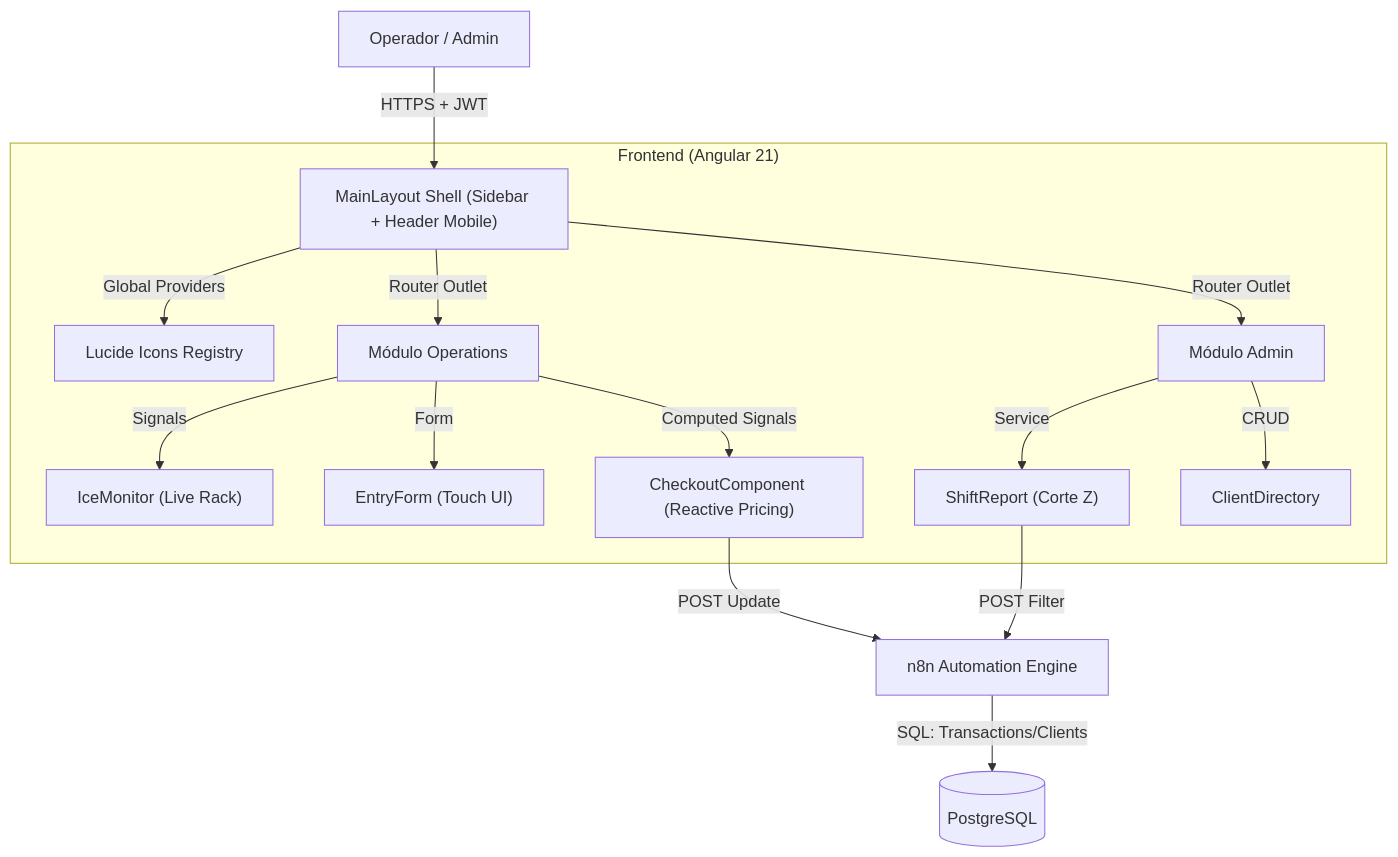
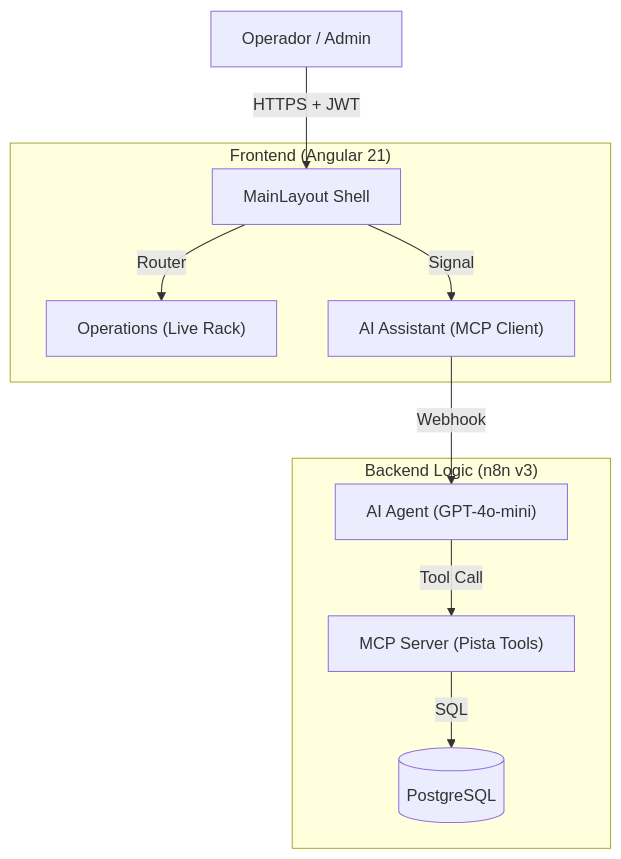
The diagram in hosting3m-workspace/projects/pista-hielo/ARCHITECTURE.md (fjpimienta/n8n-enterprise-automation-suite), drawn with Mermaid before and after one commit. The commit also changed other lines of this file and 19 other files, not shown here.

Commit message:
docs: actualizar README principal con especificaciones v0.7.0 y nuevo módulo ui-chat

````diff
--- a/hosting3m-workspace/projects/pista-hielo/ARCHITECTURE.md
+++ b/hosting3m-workspace/projects/pista-hielo/ARCHITECTURE.md
@@ -15,22 +16,15 @@
 ```mermaid
 graph TD
-    User["Operador / Admin"] -->|"HTTPS + JWT"| SHELL["MainLayout Shell (Sidebar + Header Mobile)"]
+    User["Operador / Admin"] -->|"HTTPS + JWT"| SHELL["MainLayout Shell"]
     
     subgraph "Frontend (Angular 21)"
-    SHELL -->|"Global Providers"| ICONS["Lucide Icons Registry"]
-    SHELL -->|"Router Outlet"| OPS["Módulo Operations"]
-    SHELL -->|"Router Outlet"| ADMIN["Módulo Admin"]
-    
-    OPS -->|Signals| MON["IceMonitor (Live Rack)"]
-    OPS -->|Form| ENT["EntryForm (Touch UI)"]
-    OPS -->|"Computed Signals"| CHK["CheckoutComponent (Reactive Pricing)"]
-    
-    ADMIN -->|Service| REP["ShiftReport (Corte Z)"]
-    ADMIN -->|CRUD| CLI["ClientDirectory"]
+    SHELL -->|Router| OPS["Operations (Live Rack)"]
+    SHELL -->|Signal| AI_CHAT["AI Assistant (MCP Client)"]
     end
 
-    CHK -->|"POST Update"| N8N["n8n Automation Engine"]
-    REP -->|"POST Filter"| N8N
-    
-    N8N -->|"SQL: Transactions/Clients"| PG[("PostgreSQL")]
+    subgraph "Backend Logic (n8n v3)"
+    AI_CHAT -->|Webhook| AGENT["AI Agent (GPT-4o-mini)"]
+    AGENT -->|Tool Call| MCP["MCP Server (Pista Tools)"]
+    MCP -->|SQL| DB[("PostgreSQL")]
+    end
 ```
````
